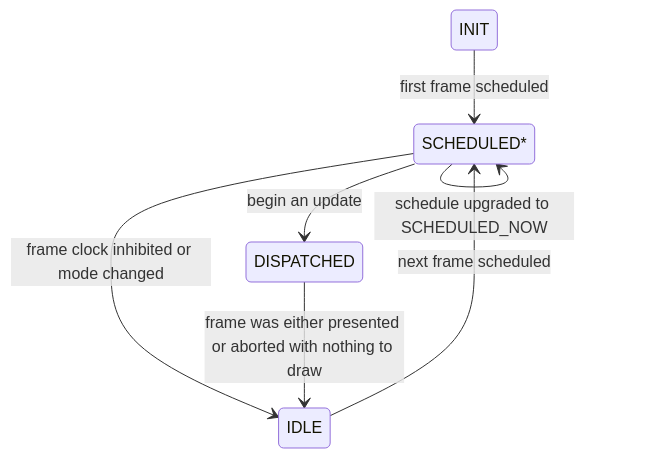
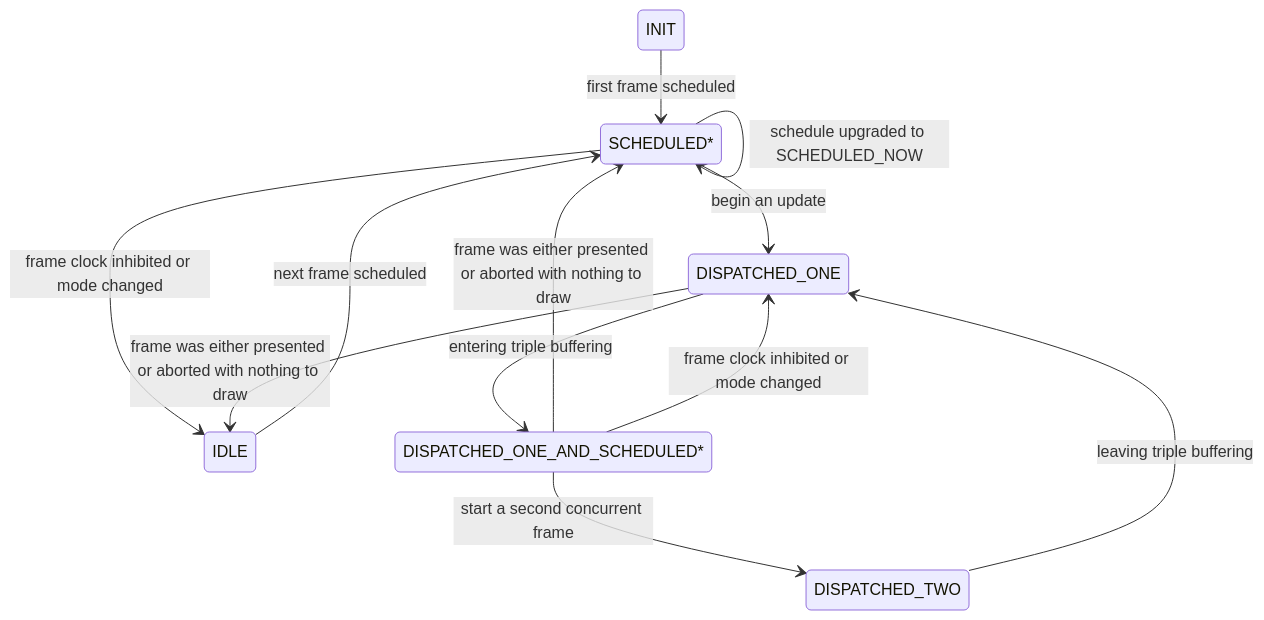
Before and after one commit to GNOME/mutter: the diagram in doc/clutter-frame-scheduling.md, drawn with Mermaid. The commit also changed 1 other file, not shown here.

Commit message:
clutter/frame-clock: Add triple buffering support
This replaces the DISPATCHED state with new sub-states that are possible
with triple buffering:

  DISPATCHED_ONE:                     Double buffering
  DISPATCHED_ONE_AND_SCHEDULED:       Scheduled switch to triple buffering
  DISPATCHED_ONE_AND_SCHEDULED_NOW:   Scheduled switch to triple buffering
  DISPATCHED_ONE_AND_SCHEDULED_LATER: Scheduled switch to triple buffering
  DISPATCHED_TWO:                     Triple buffering

Triple buffering is currently disabled until the test cases get updated to
handle it in the next commit.

Part-of: <https://gitlab.gnome.org/GNOME/mutter/-/merge_requests/1441>

````diff
--- a/doc/clutter-frame-scheduling.md
+++ b/doc/clutter-frame-scheduling.md
@@ -5,9 +5,14 @@
 ```mermaid
 stateDiagram
     INIT --> SCHEDULED* : first frame scheduled
     IDLE --> SCHEDULED* : next frame scheduled
     SCHEDULED* --> IDLE : frame clock inhibited or mode changed
     SCHEDULED* --> SCHEDULED* : schedule upgraded to SCHEDULED_NOW
-    SCHEDULED* --> DISPATCHED : begin an update
-    DISPATCHED --> IDLE : frame was either presented or aborted with nothing to draw
+    SCHEDULED* --> DISPATCHED_ONE : begin an update
+    DISPATCHED_ONE --> IDLE : frame was either presented or aborted with nothing to draw
+    DISPATCHED_ONE --> DISPATCHED_ONE_AND_SCHEDULED* : entering triple buffering
+    DISPATCHED_ONE_AND_SCHEDULED* --> SCHEDULED* : frame was either presented or aborted with nothing to draw
+    DISPATCHED_ONE_AND_SCHEDULED* --> DISPATCHED_ONE : frame clock inhibited or mode changed
+    DISPATCHED_ONE_AND_SCHEDULED* --> DISPATCHED_TWO : start a second concurrent frame
+    DISPATCHED_TWO --> DISPATCHED_ONE : leaving triple buffering
 ```
````
